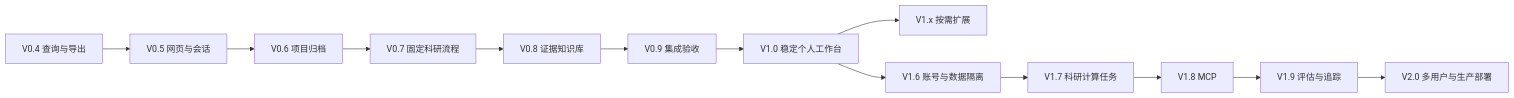
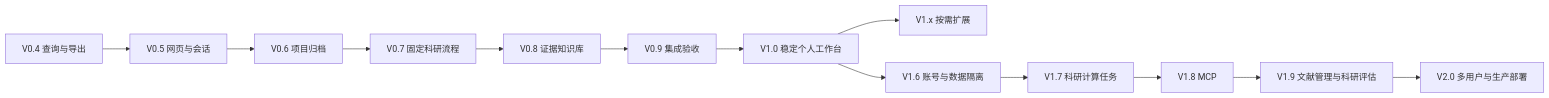
Before and after one commit to lct808846/siderfolio: the diagram in docs/ROADMAP.md, drawn with Mermaid. The commit also changed other lines of this file and 73 other files, not shown here.

````diff
--- a/docs/ROADMAP.md
+++ b/docs/ROADMAP.md
@@ -134,15 +136,15 @@
 ```mermaid
 flowchart LR
     A[V0.4 查询与导出] --> B[V0.5 网页与会话]
     B --> C[V0.6 项目归档]
     C --> D[V0.7 固定科研流程]
     D --> E[V0.8 证据知识库]
     E --> F[V0.9 集成验收]
     F --> G[V1.0 稳定个人工作台]
     G --> H[V1.x 按需扩展]
     G --> J[V1.6 账号与数据隔离]
     J --> K[V1.7 科研计算任务]
     K --> L[V1.8 MCP]
-    L --> M[V1.9 评估与追踪]
+    L --> M[V1.9 文献管理与科研评估]
     M --> I[V2.0 多用户与生产部署]
 ```
````
